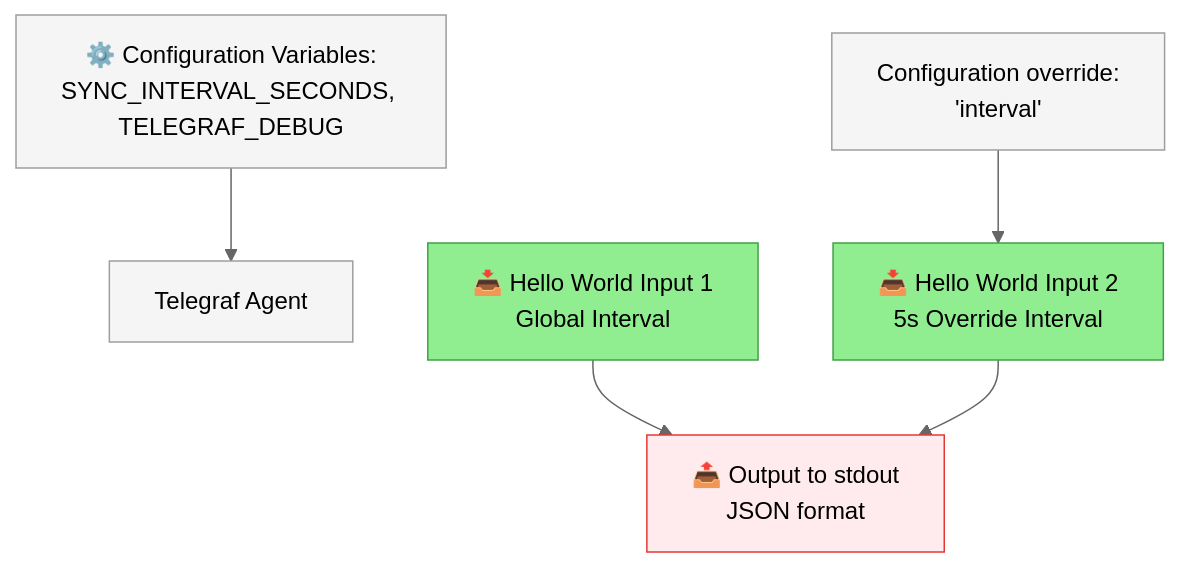
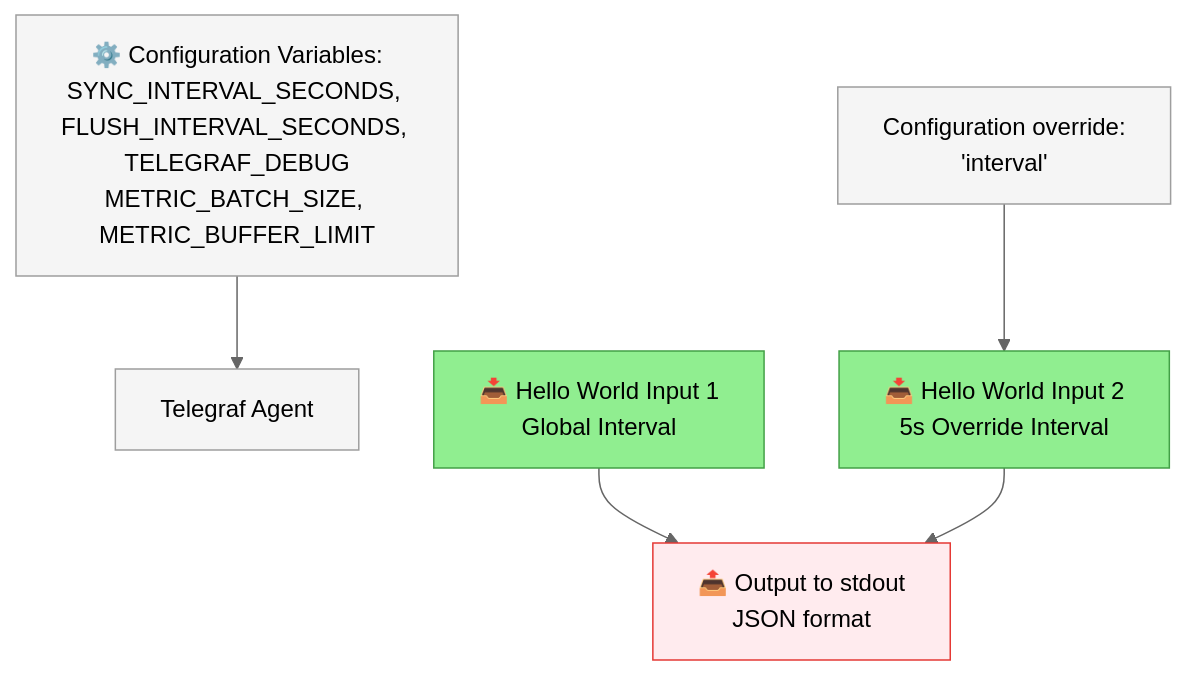
The first of 2 diagrams in fixedit-hello-world-exec/README.md (AntiqArch/readme-sandbox), drawn with Mermaid (neutral theme) before and after one commit. The commit also changed other lines of this file and 24 other files, not shown here.

````diff
--- a/fixedit-hello-world-exec/README.md
+++ b/fixedit-hello-world-exec/README.md
@@ -11,18 +20,18 @@
 ```mermaid
 flowchart TD
-    X0["⚙️ Configuration Variables:<br/>SYNC_INTERVAL_SECONDS, TELEGRAF_DEBUG"] --> X1
+    X0["⚙️ Configuration Variables:<br/>SYNC_INTERVAL_SECONDS, FLUSH_INTERVAL_SECONDS, TELEGRAF_DEBUG<br/>METRIC_BATCH_SIZE, METRIC_BUFFER_LIMIT"] --> X1
     X1["Telegraf Agent"]
 
     X2["Configuration override:<br/>'interval'"] --> A2
 
     A1["📥 Hello World Input 1<br/>Global Interval"] --> C
     A2["📥 Hello World Input 2<br/>5s Override Interval"] --> C
     C["📤 Output to stdout<br/>JSON format"]
 
-    style X0 fill:#f5f5f5,stroke:#9e9e9e
-    style X1 fill:#f5f5f5,stroke:#9e9e9e
-    style X2 fill:#f5f5f5,stroke:#9e9e9e
-    style A1 fill:#90EE90,stroke:#43a047
-    style A2 fill:#90EE90,stroke:#43a047
-    style C fill:#ffebee,stroke:#e53935
+    style X0 fill:#f5f5f5,stroke:#9e9e9e,color:#000000
+    style X1 fill:#f5f5f5,stroke:#9e9e9e,color:#000000
+    style X2 fill:#f5f5f5,stroke:#9e9e9e,color:#000000
+    style A1 fill:#90EE90,stroke:#43a047,color:#000000
+    style A2 fill:#90EE90,stroke:#43a047,color:#000000
+    style C fill:#ffebee,stroke:#e53935,color:#000000
 ```
````
